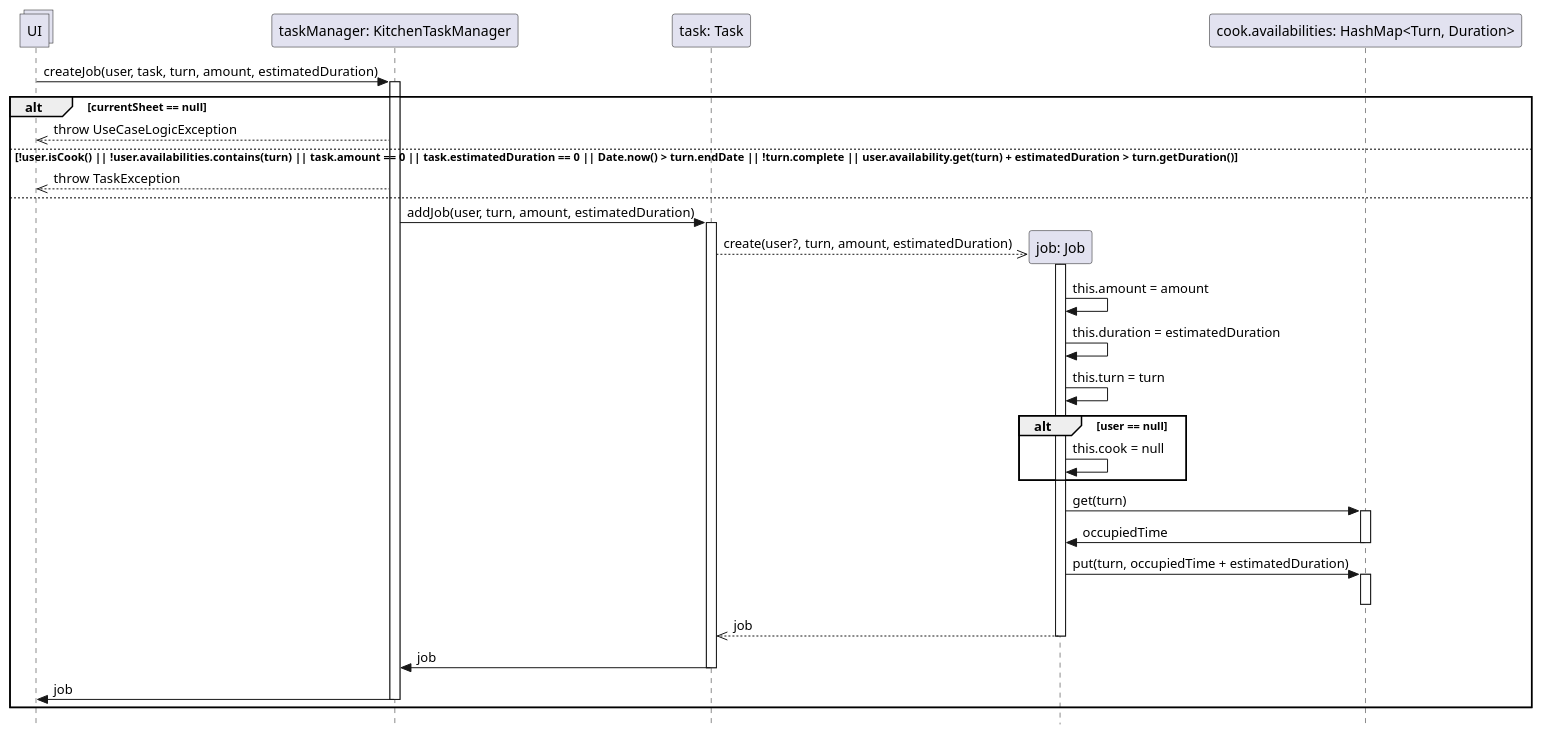
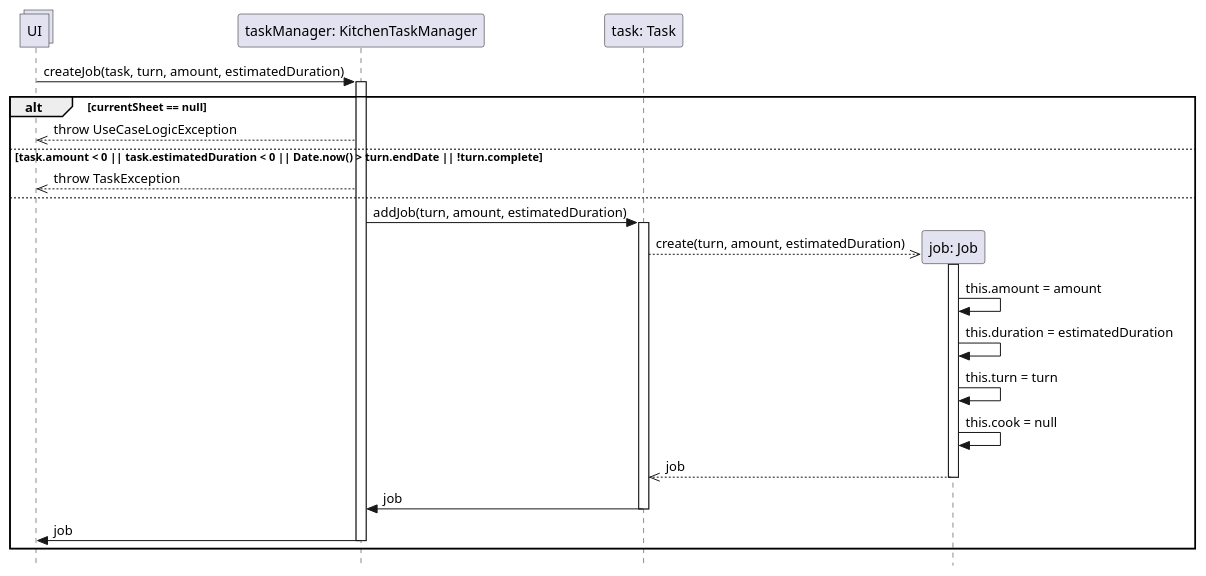
One commit to stefa168/sas-project changed the diagram in DSD Operazione 6.puml. Above: the diagram before and after it, drawn with PlantUML.

Commit message:
modifica DSD6

```diff
--- a/DSD Operazione 6.puml
+++ b/DSD Operazione 6.puml
@@ -1,52 +1,40 @@
 @startuml Operazione 6
 skinparam Style strictuml
 
 collections UI
 
 participant "taskManager: KitchenTaskManager" as tm
-UI -> tm: createJob(user, task, turn, amount, estimatedDuration)
+UI -> tm: createJob(task, turn, amount, estimatedDuration)
 activate tm
 
 participant "task: Task" as task
 
 alt currentSheet == null
     UI <<-- tm: throw UseCaseLogicException
-else !user.isCook() || !user.availabilities.contains(turn) || task.amount == 0 || task.estimatedDuration == 0 || Date.now() > turn.endDate || !turn.complete || user.availability.get(turn) + estimatedDuration > turn.getDuration()
+else task.amount < 0 || task.estimatedDuration < 0 || Date.now() > turn.endDate || !turn.complete
     UI <<-- tm: throw TaskException
 else
 
-    tm -> task: addJob(user, turn, amount, estimatedDuration)
+    tm -> task: addJob(turn, amount, estimatedDuration)
     activate task
 
     participant "job: Job" as job
-    task -->> job**: create(user?, turn, amount, estimatedDuration)
+    task -->> job**: create(turn, amount, estimatedDuration)
 
     activate job
         job -> job: this.amount = amount
         job -> job: this.duration = estimatedDuration
         job -> job: this.turn = turn
-        alt  user == null
-           job -> job: this.cook = null
-        end
-
-    participant "cook.availabilities: HashMap<Turn, Duration>" as ca
-    job -> ca: get(turn)
-    activate ca
-    job <- ca: occupiedTime
-    deactivate ca
-
-    job -> ca: put(turn, occupiedTime + estimatedDuration)
-    activate ca
-    deactivate ca
+        job -> job: this.cook = null
 
     return job
 
     tm <- task: job
     deactivate task
 
     UI <- tm: job
     deactivate tm
     
 end
 
 @enduml
```
